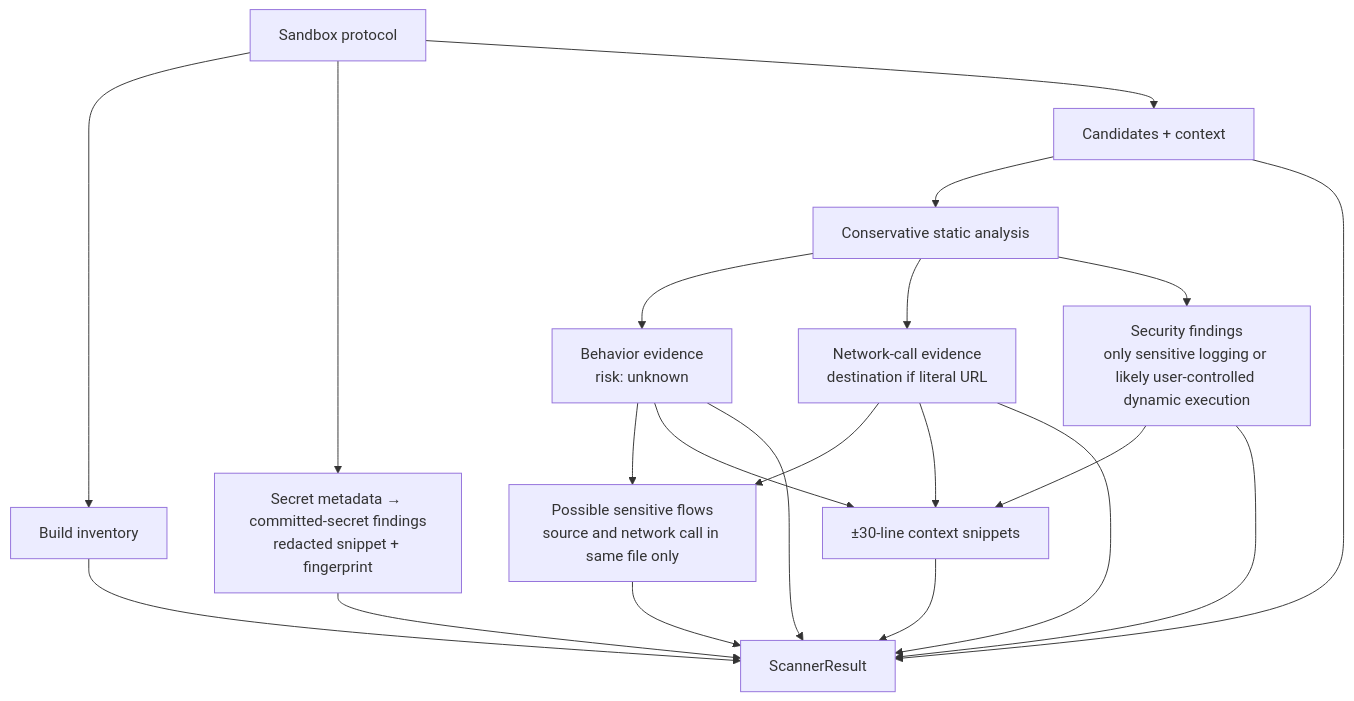
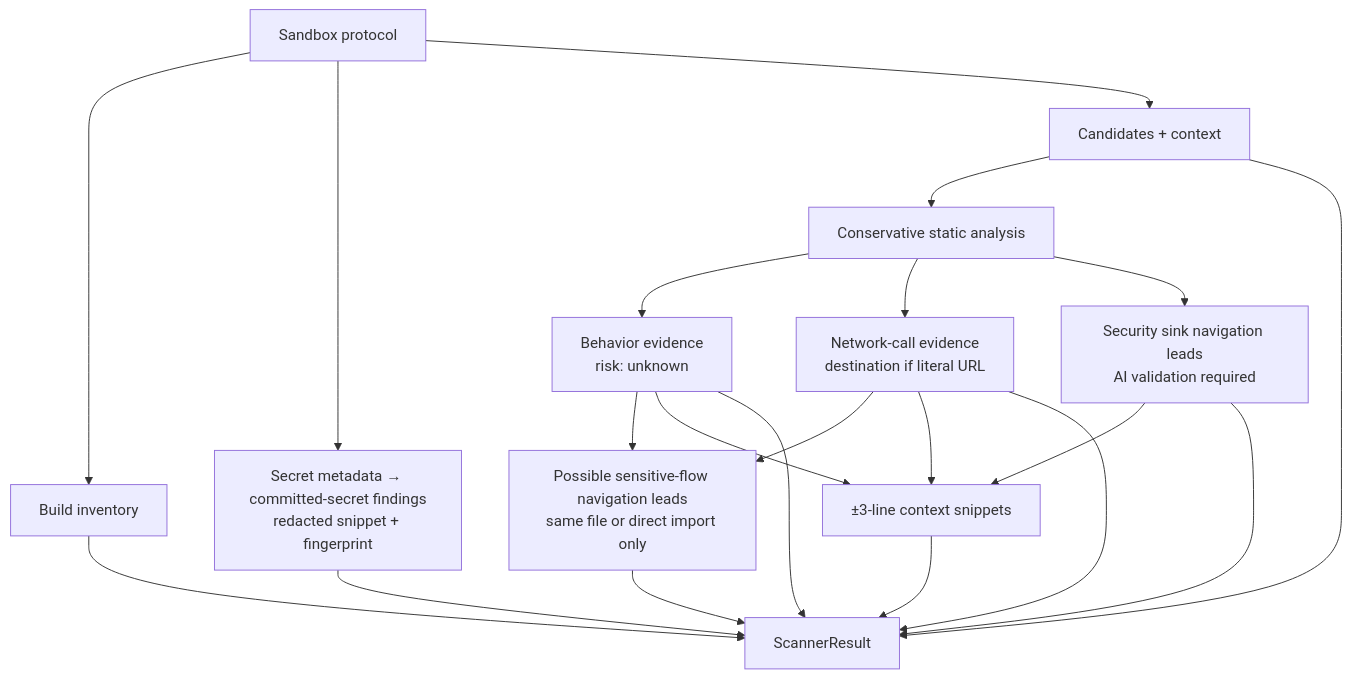
One commit to Tarun-Elango/codevet-worker changed the third of 4 diagrams in flow.md. Above: the diagram before and after it, drawn with Mermaid. The commit also changed other lines of this file and 4 other files, not shown here.

````diff
--- a/flow.md
+++ b/flow.md
@@ -93,23 +93,23 @@
 ```mermaid
 flowchart TD
   O["Sandbox protocol"] --> I["Build inventory"]
   O --> SP["Secret metadata → committed-secret findings\nredacted snippet + fingerprint"]
   O --> CA["Candidates + context"]
   CA --> SA["Conservative static analysis"]
   SA --> B["Behavior evidence\nrisk: unknown"]
   SA --> N["Network-call evidence\ndestination if literal URL"]
-  SA --> SF["Security findings\nonly sensitive logging or likely user-controlled dynamic execution"]
-  B --> FL["Possible sensitive flows\nsource and network call in same file only"]
+  SA --> SF["Security sink navigation leads\nAI validation required"]
+  B --> FL["Possible sensitive-flow navigation leads\nsame file or direct import only"]
   N --> FL
-  SF --> SN["±30-line context snippets"]
+  SF --> SN["±3-line context snippets"]
   B --> SN
   N --> SN
   I --> RES["ScannerResult"]
   SP --> RES
   CA --> RES
   SF --> RES
   B --> RES
   N --> RES
   FL --> RES
   SN --> RES
 ```
````
